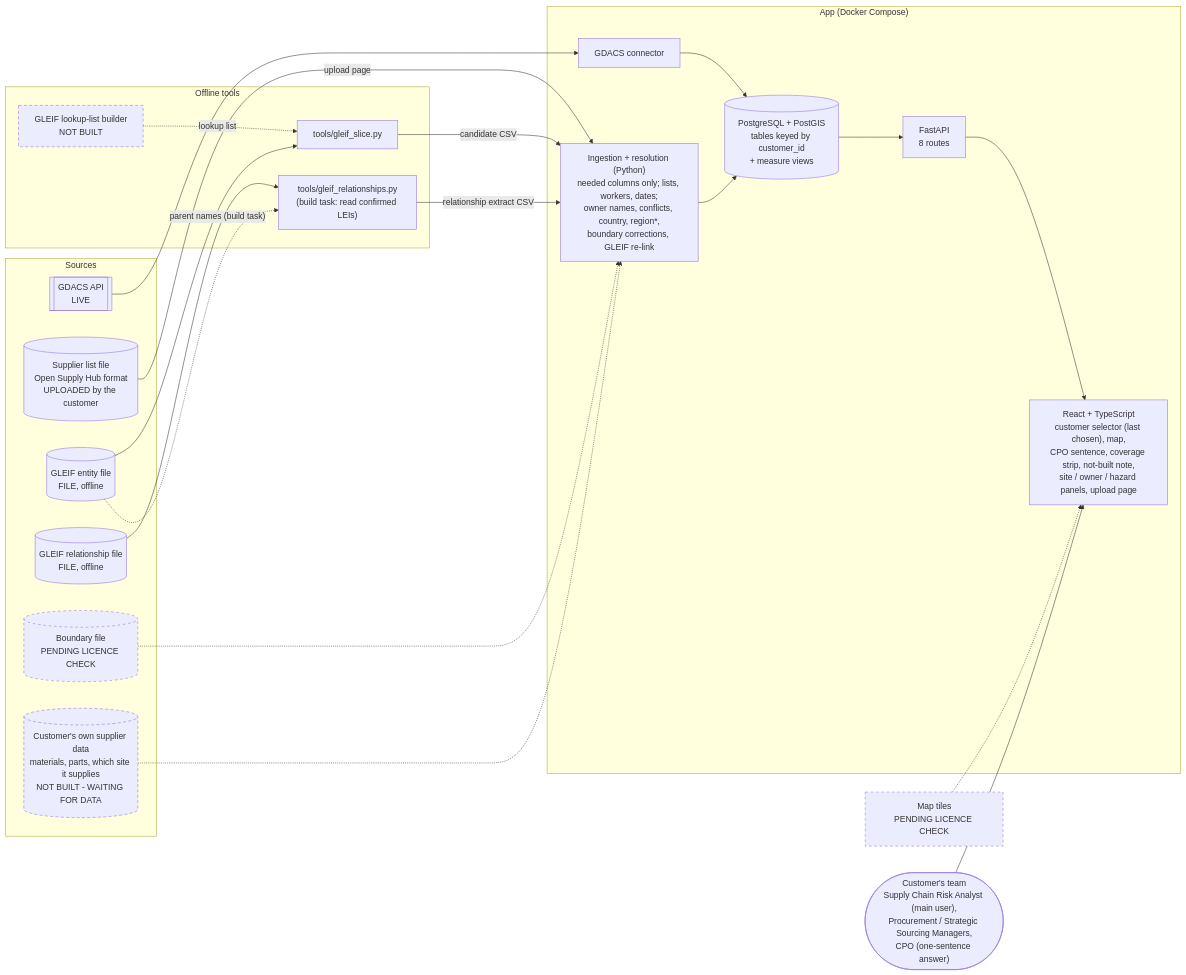
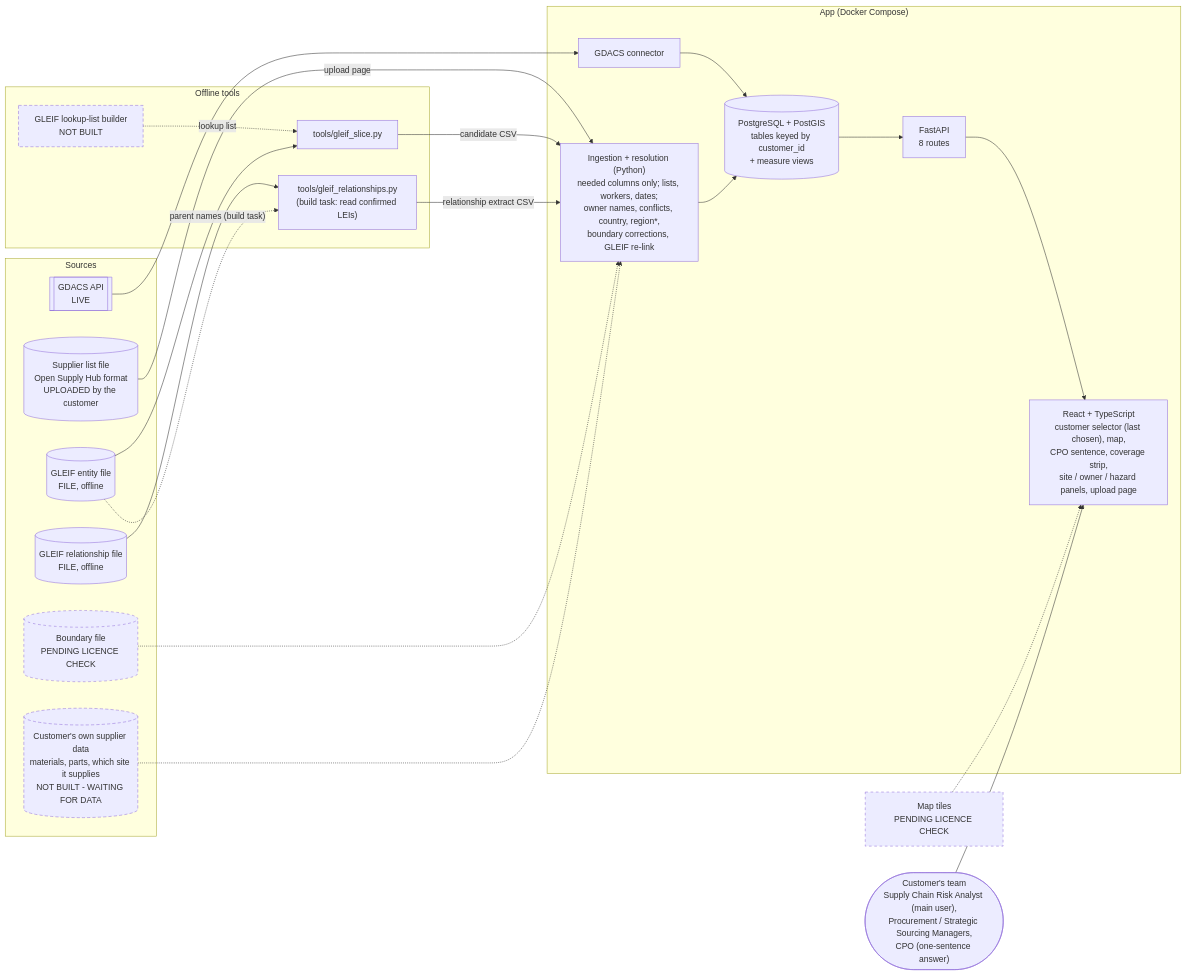
Before and after one commit to abhifourkites/geo-risk.ai: the first of 7 diagrams in docs/architecture/archive/ARCHITECTURE_detailed.md, drawn with Mermaid. The commit also changed 2 other files, not shown here.

Commit message:
MDM-3: UI step 5 - docs: describe the redesigned screen
- README "What works": tests are now 53 (pytest) and 6 (vitest); the
  screen row lists the new layout and how it was checked; the outage
  wording is "Disaster data unavailable".
- README "How to run": the loading wording ("Checking for current
  disasters…") and the frontend check command.
- The screen no longer shows "Not built, and why" (it stays in README.md):
  removed from the README screen row and from the UI box of the diagram in
  docs/architecture/archive/ARCHITECTURE_detailed.md.
- ARCHITECTURE.md "Changed in the build": "Disaster data unavailable".

Checked from a fresh clone with an empty database: 53 + 6 tests pass;
in headless Chrome at 1440 and 390 px the numbers for the 4 companies are
identical to before the redesign, the upload flow works, no page-level
sideways scroll, no console errors.

Generated with Claude Code

````diff
--- a/docs/architecture/archive/ARCHITECTURE_detailed.md
+++ b/docs/architecture/archive/ARCHITECTURE_detailed.md
@@ -63,45 +63,45 @@
 ```mermaid
 flowchart LR
   users(["Customer's team<br/>Supply Chain Risk Analyst (main user),<br/>Procurement / Strategic Sourcing Managers,<br/>CPO (one-sentence answer)"])
 
   subgraph SRC["Sources"]
     osh[("Supplier list file<br/>Open Supply Hub format<br/>UPLOADED by the customer")]
     gdacs[["GDACS API<br/>LIVE"]]
     gent[("GLEIF entity file<br/>FILE, offline")]
     grr[("GLEIF relationship file<br/>FILE, offline")]
     bnd[("Boundary file<br/>PENDING LICENCE CHECK")]:::pend
     own[("Customer's own supplier data<br/>materials, parts, which site it supplies<br/>NOT BUILT - WAITING FOR DATA")]:::nb
   end
 
   subgraph OFF["Offline tools"]
     look["GLEIF lookup-list builder<br/>NOT BUILT"]:::nb
     slice["tools/gleif_slice.py"]
     rel["tools/gleif_relationships.py<br/>(build task: read confirmed LEIs)"]
   end
 
   subgraph APP["App (Docker Compose)"]
     ing["Ingestion + resolution (Python)<br/>needed columns only; lists, workers, dates;<br/>owner names, conflicts, country, region*,<br/>boundary corrections, GLEIF re-link"]
     gdc["GDACS connector"]
     db[("PostgreSQL + PostGIS<br/>tables keyed by customer_id<br/>+ measure views")]
     api["FastAPI<br/>8 routes"]
-    ui["React + TypeScript<br/>customer selector (last chosen), map,<br/>CPO sentence, coverage strip, not-built note,<br/>site / owner / hazard panels, upload page"]
+    ui["React + TypeScript<br/>customer selector (last chosen), map,<br/>CPO sentence, coverage strip,<br/>site / owner / hazard panels, upload page"]
   end
 
   tiles["Map tiles<br/>PENDING LICENCE CHECK"]:::pend
 
   osh -->|"upload page"| ing
   look -.->|"lookup list"| slice
   gent --> slice
   grr --> rel
   gent -.->|"parent names (build task)"| rel
   slice -->|"candidate CSV"| ing
   rel -->|"relationship extract CSV"| ing
   bnd -.-> ing
   own -.-> ing
   gdacs --> gdc --> db
   ing --> db --> api --> ui
   tiles -.-> ui
   users --> ui
   classDef pend stroke-dasharray: 5 5
   classDef nb stroke-dasharray: 6 4
 ```
````
